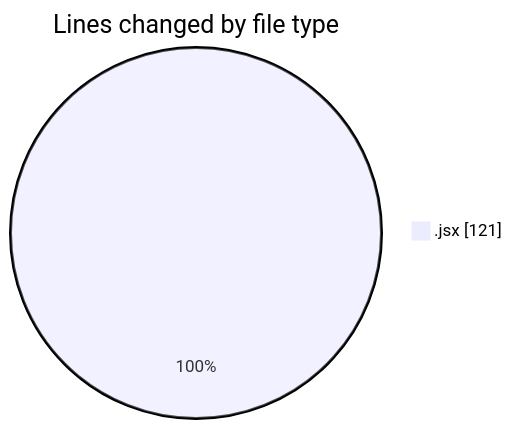
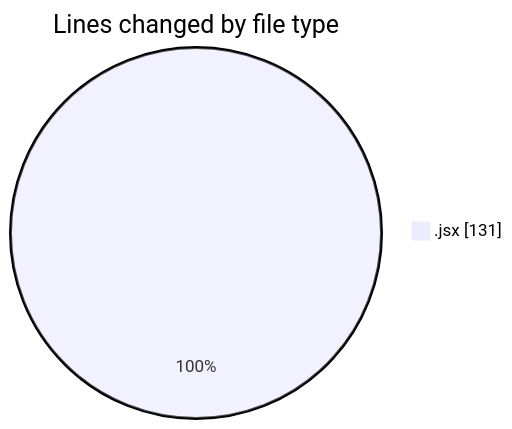
The first of 2 diagrams in 2025-03-08/elitesgpt/README.md (Elitesun/code-tracking), drawn with Mermaid before and after one commit. The commit also changed other lines of this file and 1 other file, not shown here.

````diff
--- a/2025-03-08/elitesgpt/README.md
+++ b/2025-03-08/elitesgpt/README.md
@@ -20,5 +20,5 @@
 ```mermaid
 pie showData
 title Lines changed by file type
-".jsx" : 121
+".jsx" : 131
 ```
````
